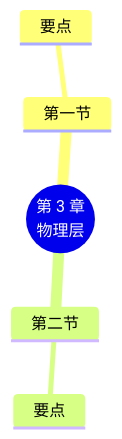
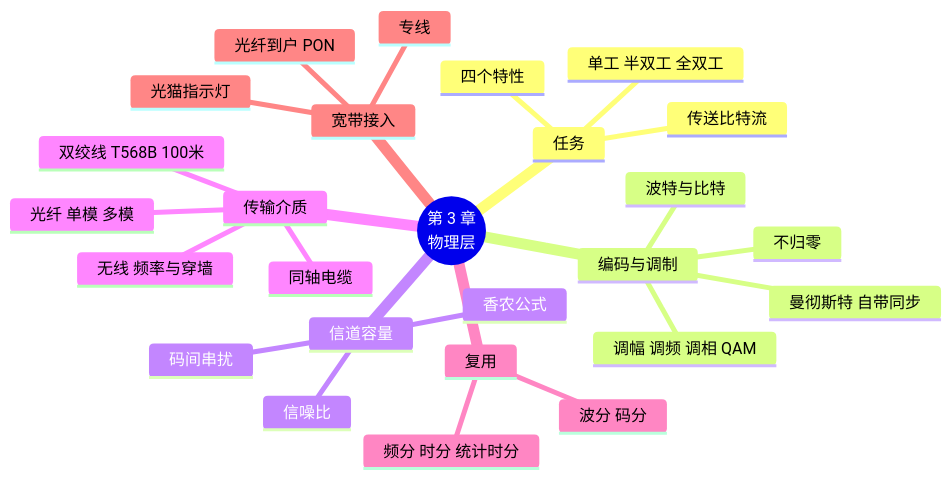
One commit to MingziFu9/computer-network changed the second of 2 diagrams in docs/chapters/03-physical/index.md. Above: the diagram before and after it, drawn with Mermaid. The commit also changed other lines of this file and 11 other files, not shown here.

````diff
--- a/docs/chapters/03-physical/index.md
+++ b/docs/chapters/03-physical/index.md
@@ -185,8 +574,29 @@
 ```mermaid
 mindmap
   root((第 3 章<br/>物理层))
-    第一节
-      要点
-    第二节
-      要点
+    任务
+      传送比特流
+      四个特性
+      单工 半双工 全双工
+    编码与调制
+      不归零
+      曼彻斯特 自带同步
+      调幅 调频 调相 QAM
+      波特与比特
+    信道容量
+      码间串扰
+      香农公式
+      信噪比
+    传输介质
+      双绞线 T568B 100米
+      同轴电缆
+      光纤 单模 多模
+      无线 频率与穿墙
+    复用
+      频分 时分 统计时分
+      波分 码分
+    宽带接入
+      光纤到户 PON
+      光猫指示灯
+      专线
 ```
````
